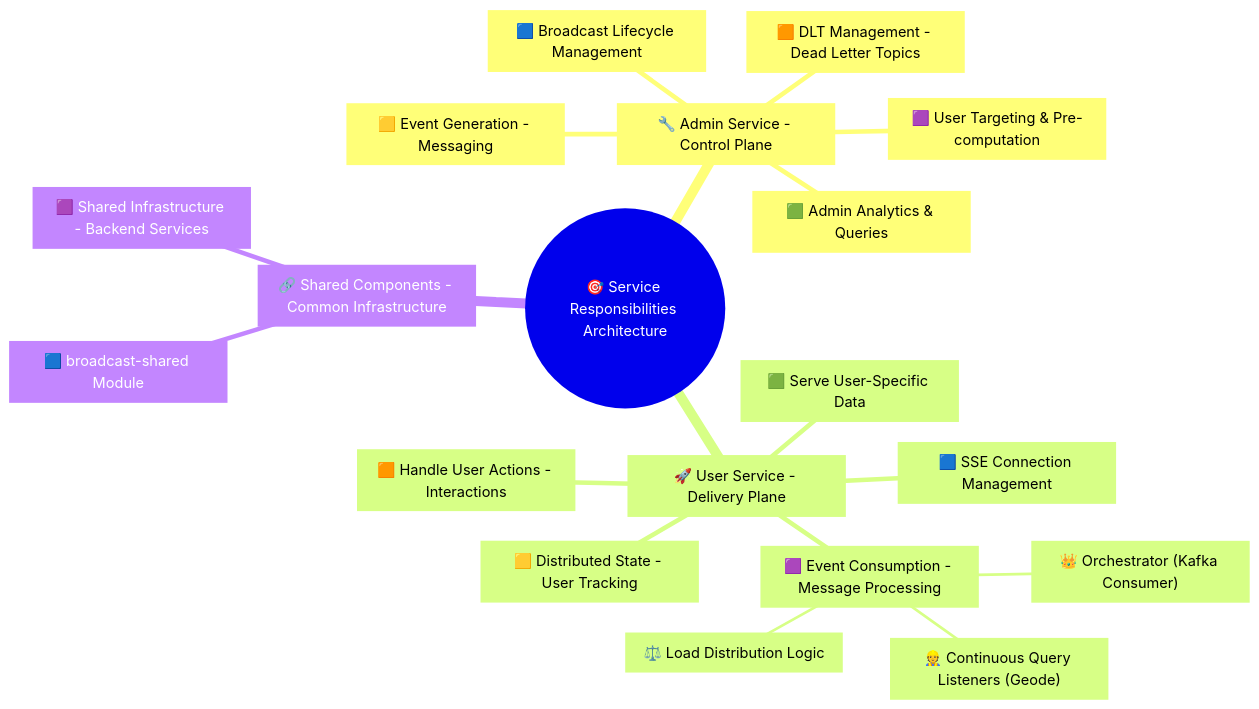
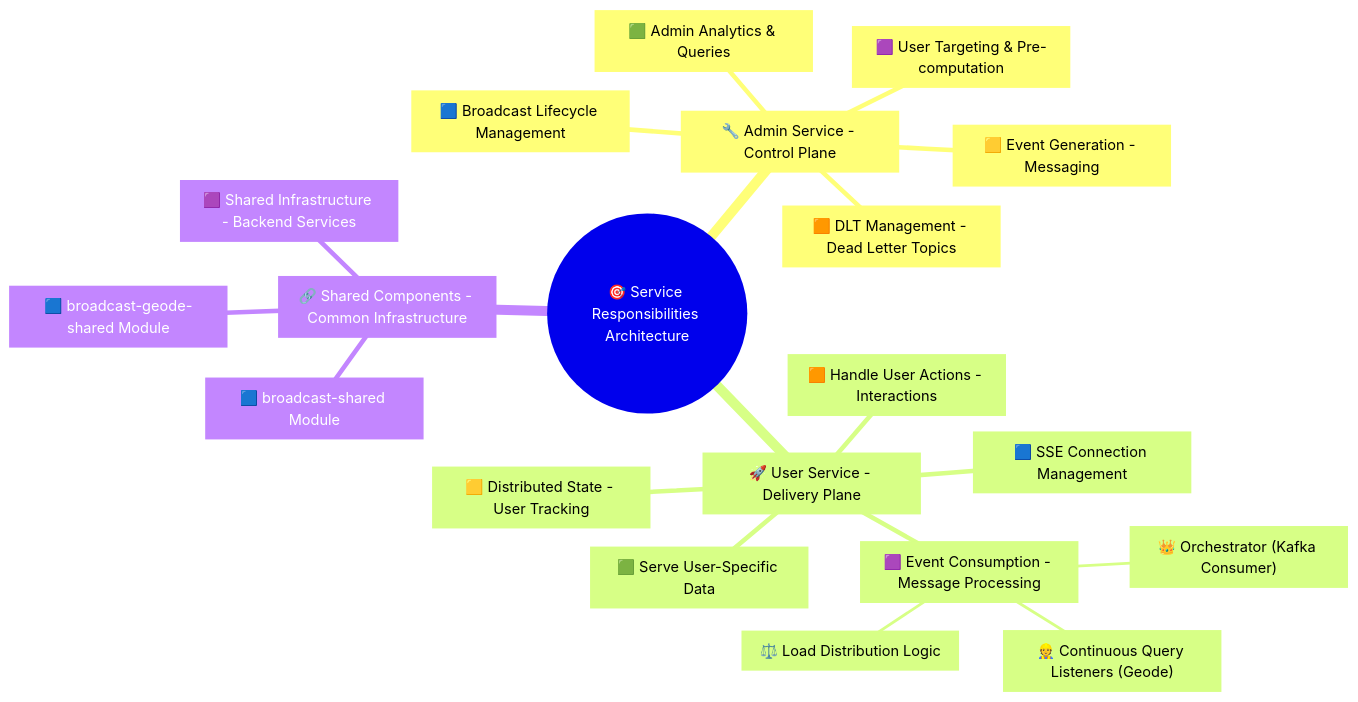
Before and after one commit to rsrini7/Notification-SSE-GLM-Flux: the diagram in MermaidDiagrams/mindmap-responsibilities.mmd, drawn with Mermaid. The commit also changed 16 other files, not shown here.

First line of the commit message:
feat(geode): add broadcast-geode-shared module for geode-specific classes

```diff
--- a/MermaidDiagrams/mindmap-responsibilities.mmd
+++ b/MermaidDiagrams/mindmap-responsibilities.mmd
@@ -1,22 +1,23 @@
 mindmap
   root((🎯 Service Responsibilities Architecture))
     AdminService[🔧 Admin Service - Control Plane]
       BroadcastLifecycle[🟦 Broadcast Lifecycle Management]
       UserTargeting[🟪 User Targeting & Pre-computation]
       EventGeneration[🟨 Event Generation - Messaging]
       DLTManagement[🟧 DLT Management - Dead Letter Topics]
       AdminAnalytics[🟩 Admin Analytics & Queries]
     
     UserService[🚀 User Service - Delivery Plane]
       SSEConnection[🟦 SSE Connection Management]
       EventConsumption[🟪 Event Consumption - Message Processing]
         Orchestrator["👑 Orchestrator (Kafka Consumer)"]
         CqListeners["👷 Continuous Query Listeners (Geode)"]
         LoadDistribution[⚖️ Load Distribution Logic]
       DistributedState[🟨 Distributed State - User Tracking]
       UserActions[🟧 Handle User Actions - Interactions]
       UserSpecificData[🟩 Serve User-Specific Data]
     
     SharedComponents[🔗 Shared Components - Common Infrastructure]
       BroadcastSharedModule[🟦 broadcast-shared Module]
+      BroadcastGeodeSharedModule[🟦 broadcast-geode-shared Module]
       SharedInfrastructure[🟪 Shared Infrastructure - Backend Services]
```
